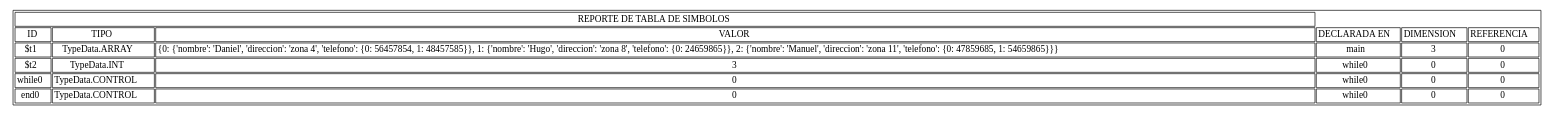
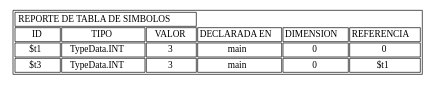
Before and after one commit to PabloOsuna1997/Proyecto_Augus: the diagram in reports/tsReport.dot, drawn with Graphviz. The commit also changed 9 other files, not shown here.

```diff
--- a/reports/tsReport.dot
+++ b/reports/tsReport.dot
@@ -1,1 +1,1 @@
-digraph H { parent [ shape=plaintext label=< <table border='1' cellborder='1'><tr><td colspan="3">REPORTE DE TABLA DE SIMBOLOS</td></tr><tr><td port='port_one'>ID</td><td port='port_two'>TIPO</td><td port='port_three'>VALOR</td><td port='port_four'>DECLARADA EN</td><td port='port_five'>DIMENSION</td><td port='port_six'>REFERENCIA</td></tr><tr><td port='port_one'>$t1</td><td port='port_two'>TypeData.ARRAY</td><td port='port_three'>{0: {'nombre': 'Daniel', 'direccion': 'zona 4', 'telefono': {0: 56457854, 1: 48457585}}, 1: {'nombre': 'Hugo', 'direccion': 'zona 8', 'telefono': {0: 24659865}}, 2: {'nombre': 'Manuel', 'direccion': 'zona 11', 'telefono': {0: 47859685, 1: 54659865}}}</td><td port='port_four'>main</td><td port='port_five'>3</td><td port='port_six'>0</td></tr><tr><td port='port_one'>$t2</td><td port='port_two'>TypeData.INT</td><td port='port_three'>3</td><td port='port_four'>while0</td><td port='port_five'>0</td><td port='port_six'>0</td></tr><tr><td port='port_one'>while0</td><td port='port_two'>TypeData.CONTROL</td><td port='port_three'>0</td><td port='port_four'>while0</td><td port='port_five'>0</td><td port='port_six'>0</td></tr><tr><td port='port_one'>end0</td><td port='port_two'>TypeData.CONTROL</td><td port='port_three'>0</td><td port='port_four'>while0</td><td port='port_five'>0</td><td port='port_six'>0</td></tr></table> >]; }
+digraph H { parent [ shape=plaintext label=< <table border='1' cellborder='1'><tr><td colspan="3">REPORTE DE TABLA DE SIMBOLOS</td></tr><tr><td port='port_one'>ID</td><td port='port_two'>TIPO</td><td port='port_three'>VALOR</td><td port='port_four'>DECLARADA EN</td><td port='port_five'>DIMENSION</td><td port='port_six'>REFERENCIA</td></tr><tr><td port='port_one'>$t1</td><td port='port_two'>TypeData.INT</td><td port='port_three'>3</td><td port='port_four'>main</td><td port='port_five'>0</td><td port='port_six'>0</td></tr><tr><td port='port_one'>$t3</td><td port='port_two'>TypeData.INT</td><td port='port_three'>3</td><td port='port_four'>main</td><td port='port_five'>0</td><td port='port_six'>$t1</td></tr></table> >]; }
```
